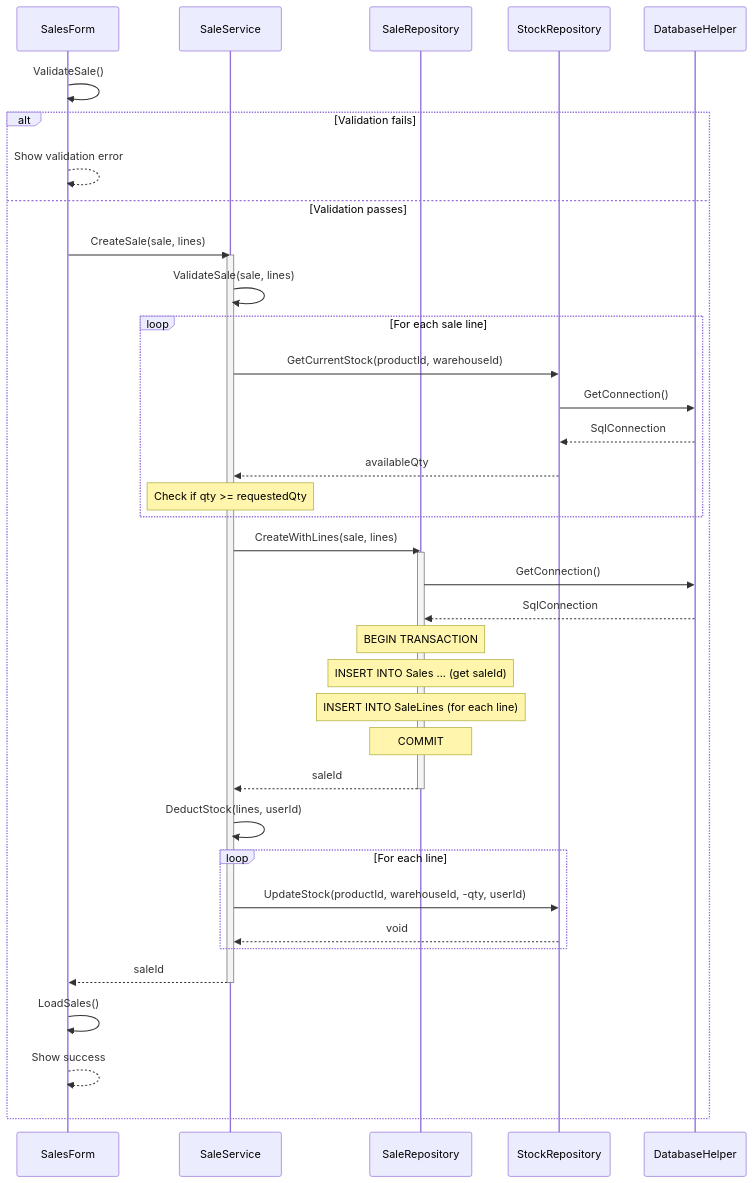
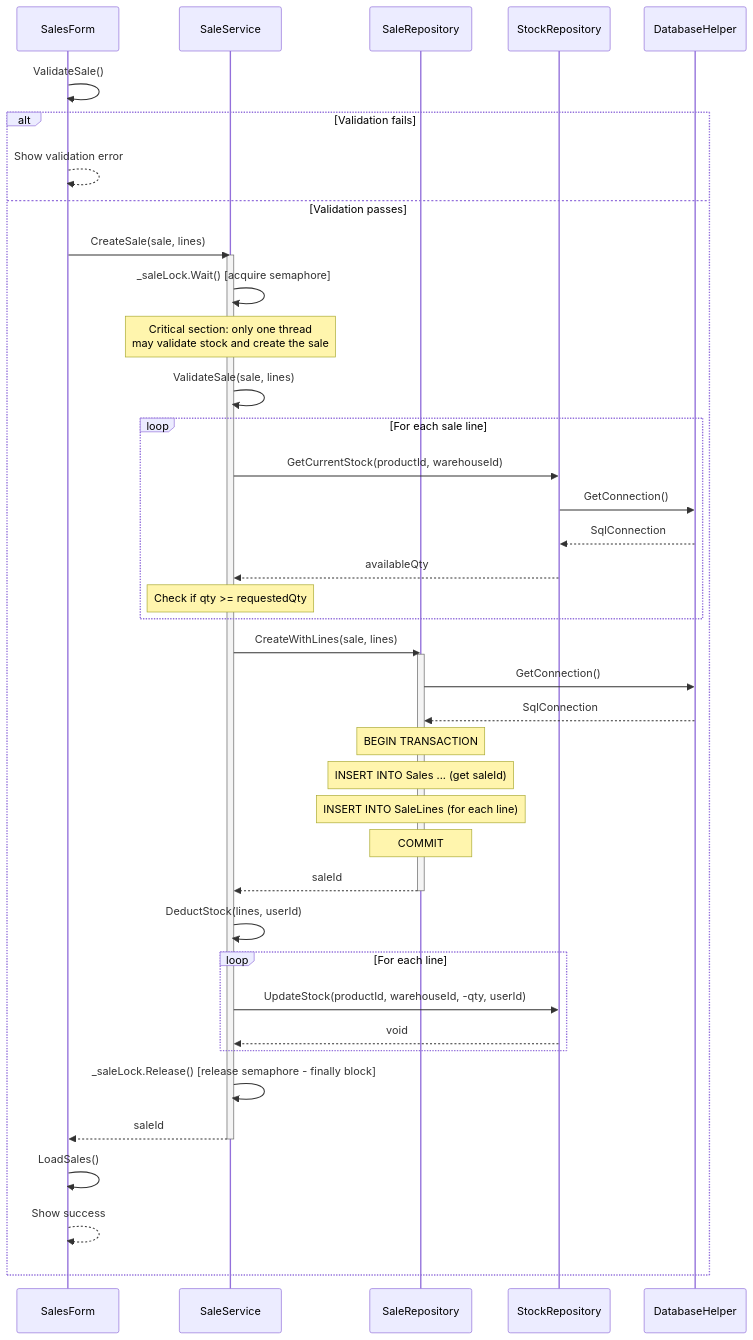
The second of 24 diagrams in Documentation/UML_Diagrams/15_Sales_UseCases.md (nahuk86/tp_diploma_nk_2026), drawn with Mermaid before and after one commit. The commit also changed other lines of this file and 3 other files, not shown here.

Commit message:
Update UML diagrams to reflect SemaphoreSlim concurrency change in SaleService

````diff
--- a/Documentation/UML_Diagrams/15_Sales_UseCases.md
+++ b/Documentation/UML_Diagrams/15_Sales_UseCases.md
@@ -111,43 +112,46 @@
 ```mermaid
 sequenceDiagram
     participant UI as SalesForm
     participant SVC as SaleService
     participant SREPO as SaleRepository
     participant STREPO as StockRepository
     participant DB as DatabaseHelper
 
     UI->>UI: ValidateSale()
     alt Validation fails
         UI-->>UI: Show validation error
     else Validation passes
         UI->>SVC: CreateSale(sale, lines)
         activate SVC
+        SVC->>SVC: _saleLock.Wait() [acquire semaphore]
+        Note over SVC: Critical section: only one thread<br/>may validate stock and create the sale
         SVC->>SVC: ValidateSale(sale, lines)
         loop For each sale line
             SVC->>STREPO: GetCurrentStock(productId, warehouseId)
             STREPO->>DB: GetConnection()
             DB-->>STREPO: SqlConnection
             STREPO-->>SVC: availableQty
             Note over SVC: Check if qty >= requestedQty
         end
         SVC->>SREPO: CreateWithLines(sale, lines)
         activate SREPO
         SREPO->>DB: GetConnection()
         DB-->>SREPO: SqlConnection
         Note over SREPO: BEGIN TRANSACTION
         Note over SREPO: INSERT INTO Sales ... (get saleId)
         Note over SREPO: INSERT INTO SaleLines (for each line)
         Note over SREPO: COMMIT
         SREPO-->>SVC: saleId
         deactivate SREPO
         SVC->>SVC: DeductStock(lines, userId)
         loop For each line
             SVC->>STREPO: UpdateStock(productId, warehouseId, -qty, userId)
             STREPO-->>SVC: void
         end
+        SVC->>SVC: _saleLock.Release() [release semaphore - finally block]
         SVC-->>UI: saleId
         deactivate SVC
         UI->>UI: LoadSales()
         UI-->>UI: Show success
     end
 ```
````
